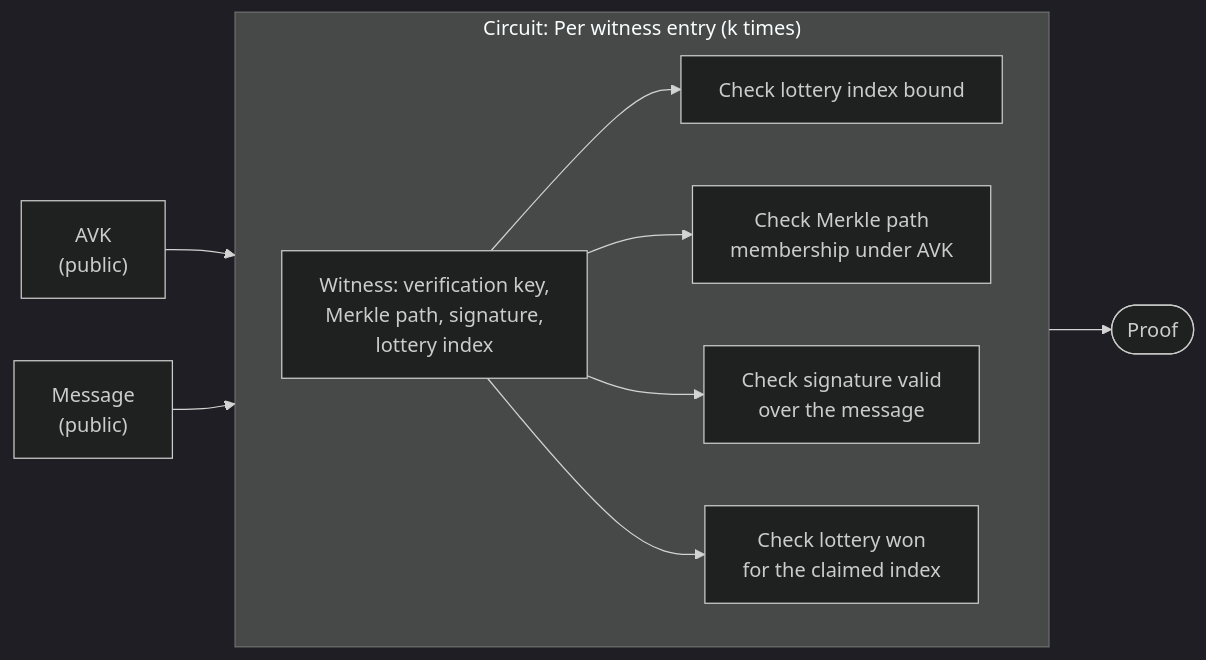
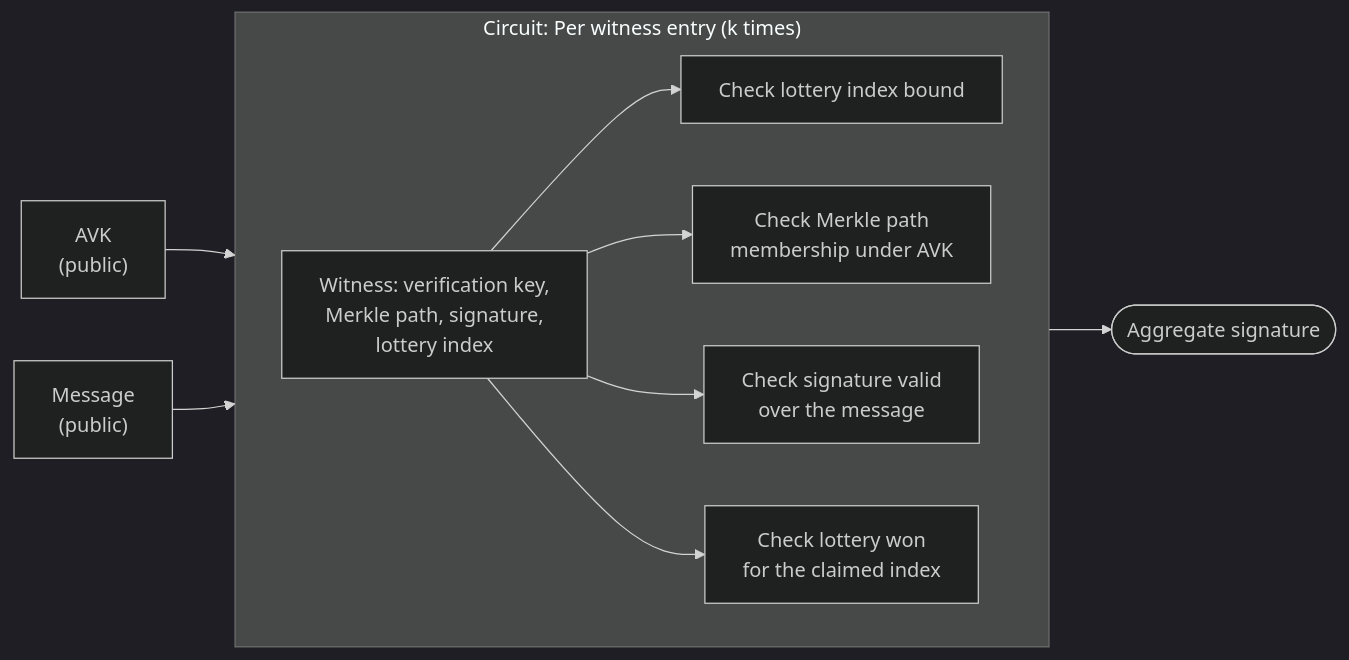
One commit to IntersectMBO/mithril changed the diagram in docs/website/root/mithril/advanced/mithril-protocol/aggregation/non_recursive_SNARK.md. Above: the diagram before and after it, drawn with Mermaid (dark theme). The commit also changed other lines of this file and 2 other files, not shown here.

````diff
--- a/docs/website/root/mithril/advanced/mithril-protocol/aggregation/non_recursive_SNARK.md
+++ b/docs/website/root/mithril/advanced/mithril-protocol/aggregation/non_recursive_SNARK.md
@@ -24,15 +22,15 @@
 ```mermaid
 flowchart LR
     AVK["AVK<br/>(public)"] --> Circuit
     MSG["Message<br/>(public)"] --> Circuit
 
     subgraph Circuit["Circuit: Per witness entry (k times)"]
         direction LR
         W["Witness: verification key,<br/>Merkle path, signature, <br/>lottery index"] --> C1["Check lottery index bound"]
         W["Witness: verification key,<br/>Merkle path, signature, <br/>lottery index"] --> C2["Check Merkle path<br/>membership under AVK"]
         W["Witness: verification key,<br/>Merkle path, signature, <br/>lottery index"] --> C3["Check signature valid<br/>over the message"]
         W["Witness: verification key,<br/>Merkle path, signature, <br/>lottery index"] --> C4["Check lottery won<br/>for the claimed index"]
     end
 
-    Circuit --> Proof(["Proof"])
+    Circuit --> Proof(["Aggregate signature"])
 ```
````
